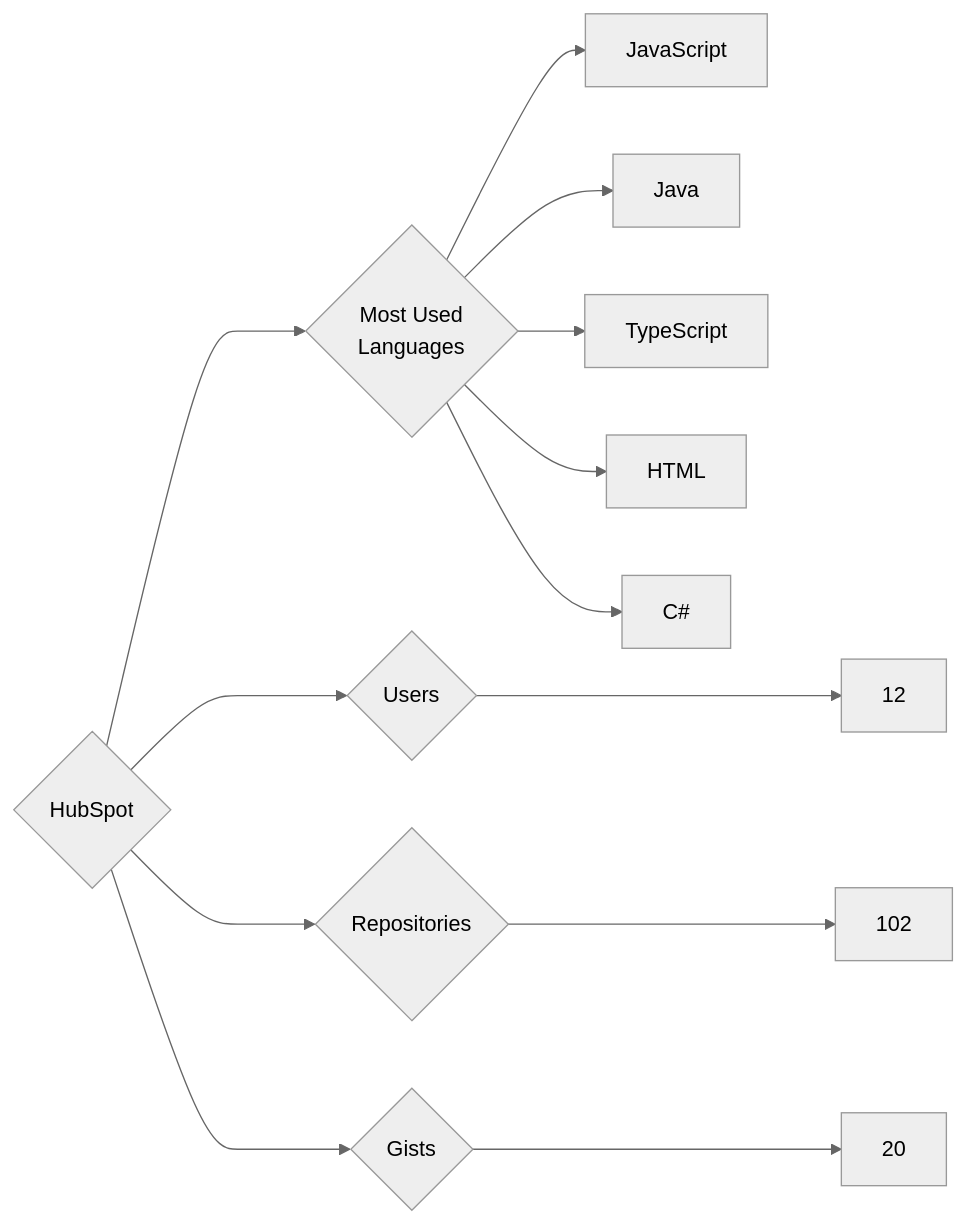
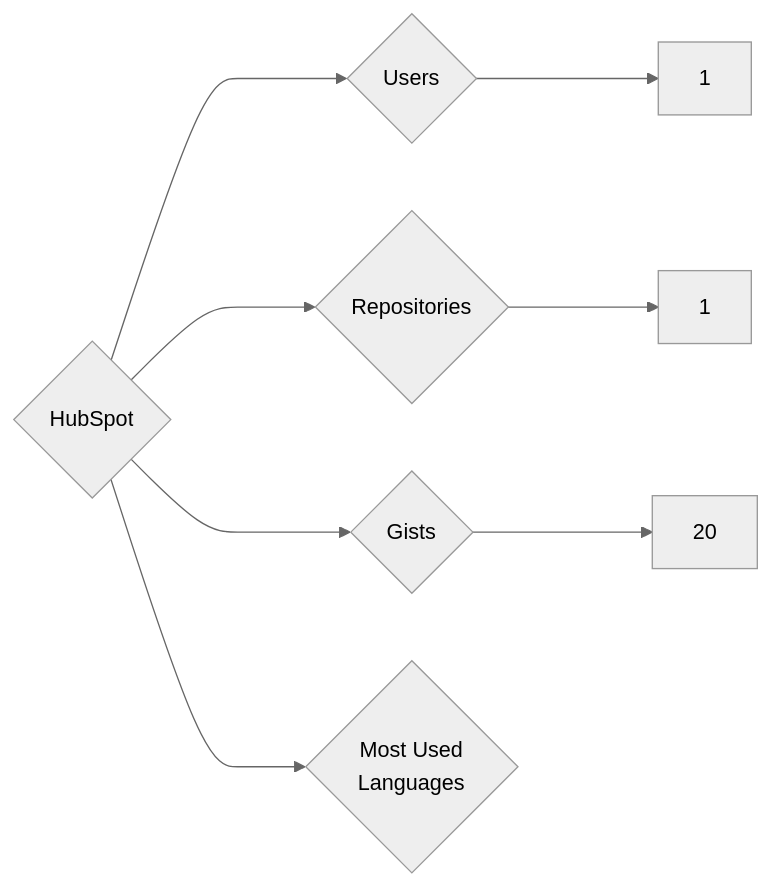
The diagram in targets/HubSpot/README.md (trickest/insiders), drawn with Mermaid (neutral theme) before and after one commit. The commit also changed 859 other files, not shown here.

````diff
--- a/targets/HubSpot/README.md
+++ b/targets/HubSpot/README.md
@@ -3,13 +3,8 @@
 ```mermaid
 graph LR
 COMPANY_NAME{HubSpot}
-COMPANY_NAME ---> U{Users} ---> UN[12]
-COMPANY_NAME ---> R{Repositories} ---> RN[102]
+COMPANY_NAME ---> U{Users} ---> UN[1]
+COMPANY_NAME ---> R{Repositories} ---> RN[1]
 COMPANY_NAME ---> G{Gists} ---> GN[20]
 COMPANY_NAME ---> ML{Most Used<br>Languages}
-ML --> JavaScript[JavaScript]
-ML --> Java[Java]
-ML --> TypeScript[TypeScript]
-ML --> HTML[HTML]
-ML --> C#[C#]
 ```
````
